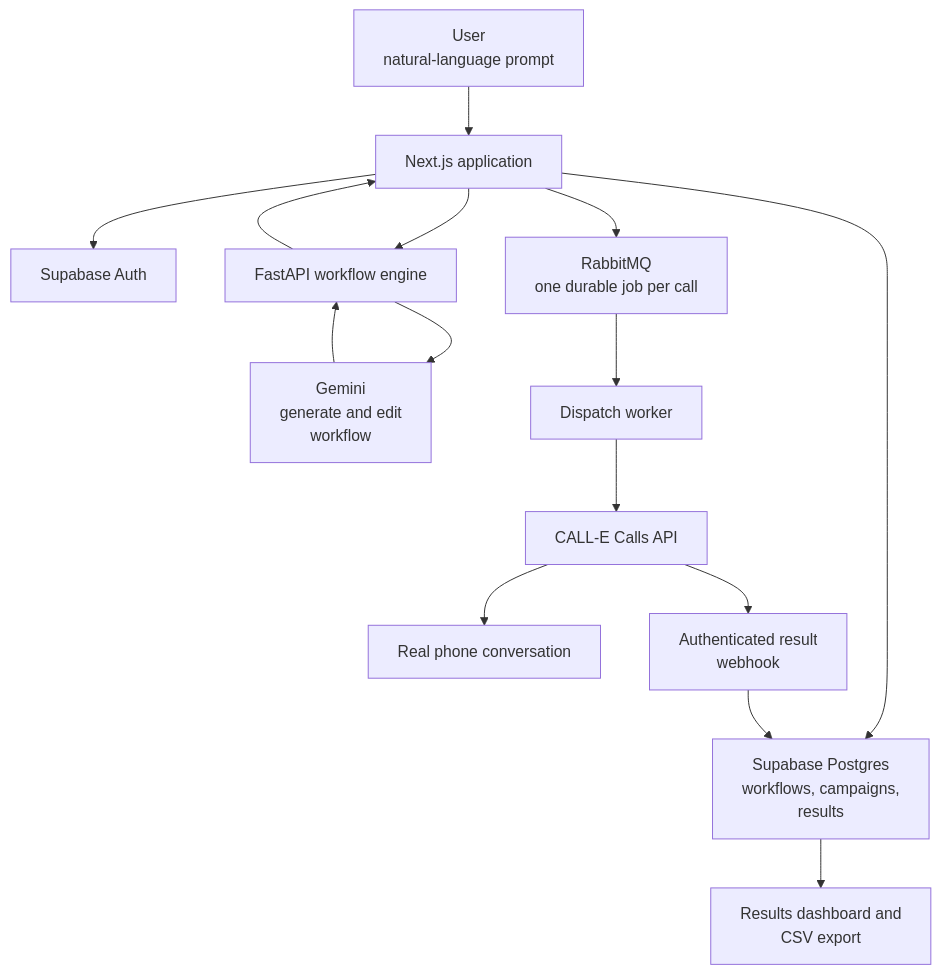
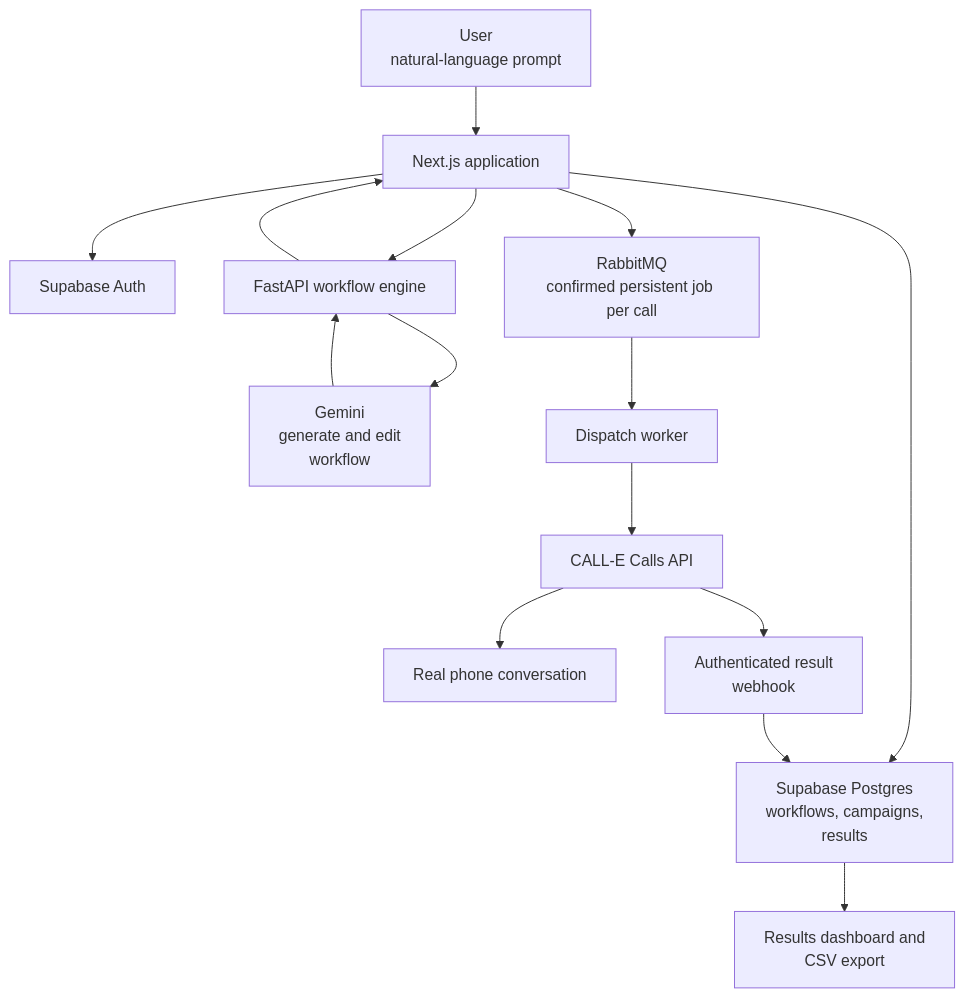
One commit to srijan399/veyra changed the first of 3 diagrams in README.md. Above: the diagram before and after it, drawn with Mermaid. The commit also changed other lines of this file and 47 other files, not shown here.

````diff
--- a/README.md
+++ b/README.md
@@ -209,17 +227,17 @@
 ```mermaid
 flowchart TD
     U["User<br/>natural-language prompt"] --> W["Next.js application"]
     W --> A["Supabase Auth"]
     W --> E["FastAPI workflow engine"]
     E --> G["Gemini<br/>generate and edit <br />workflow"]
     G --> E
     E --> W
     W --> D["Supabase Postgres<br/>workflows, campaigns, <br /> results"]
-    W --> Q["RabbitMQ<br/>one durable job per call"]
+    W --> Q["RabbitMQ<br/>confirmed persistent job per call"]
     Q --> K["Dispatch worker"]
     K --> C["CALL-E Calls API"]
     C --> P["Real phone conversation"]
     C --> H["Authenticated result <br />webhook"]
     H --> D
     D --> R["Results dashboard and <br />CSV export"]
 ```
````
